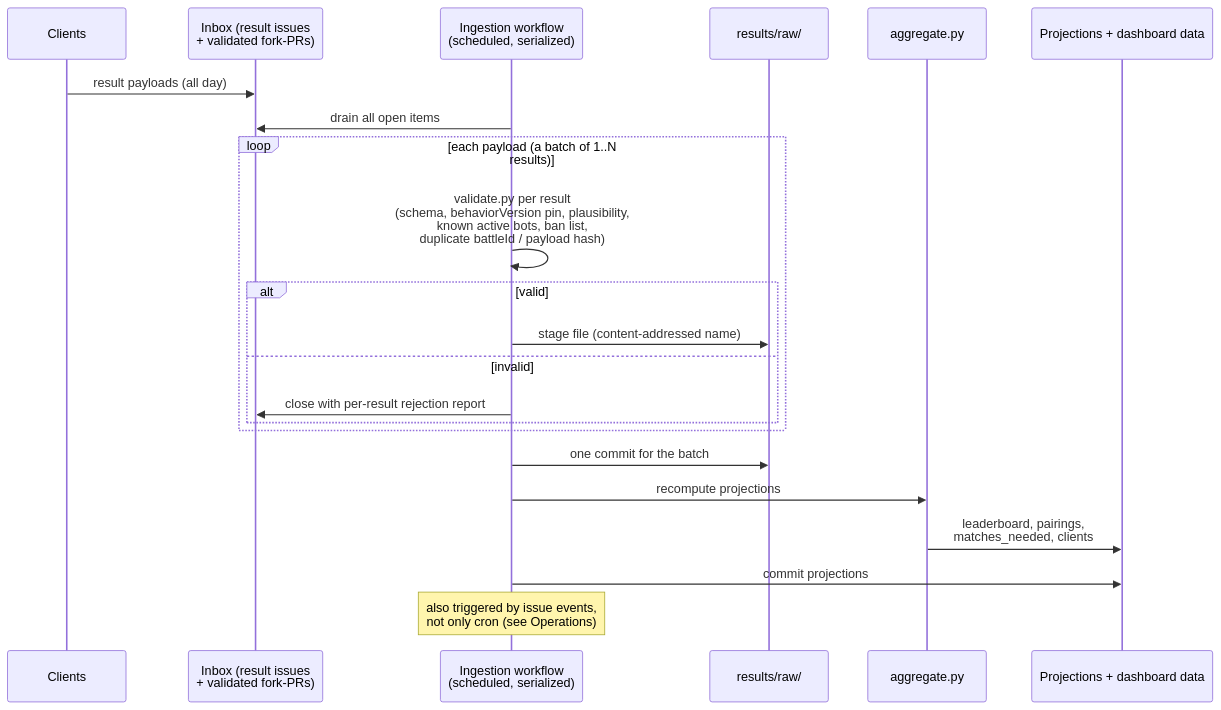
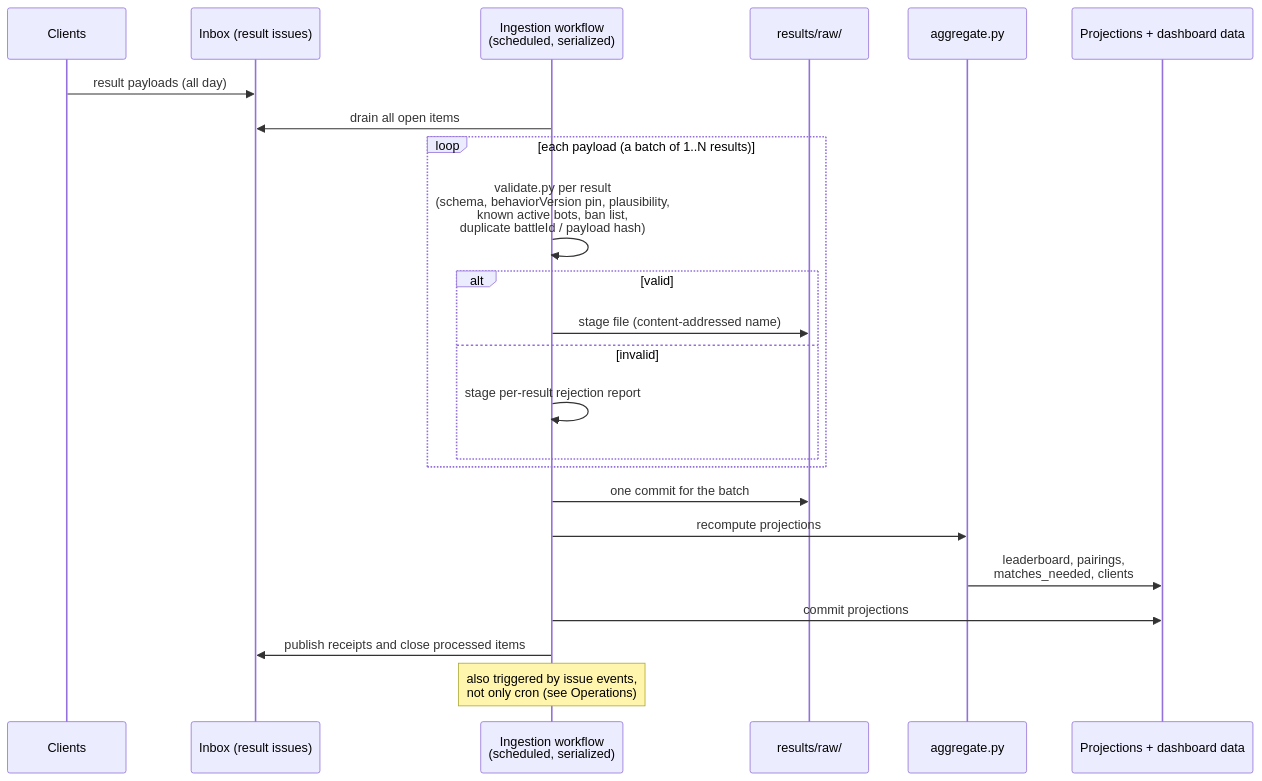
One commit to robocode-dev/tank-royale changed the first of 2 diagrams in docs/design/rumble/aggregation-and-dashboard.md. Above: the diagram before and after it, drawn with Mermaid. The commit also changed other lines of this file and 9 other files, not shown here.

````diff
--- a/docs/design/rumble/aggregation-and-dashboard.md
+++ b/docs/design/rumble/aggregation-and-dashboard.md
@@ -46,25 +46,26 @@
 ```mermaid
 sequenceDiagram
     participant Cl as Clients
-    participant Ib as Inbox (result issues<br/>+ validated fork-PRs)
+    participant Ib as Inbox (result issues)
     participant CI as Ingestion workflow<br/>(scheduled, serialized)
     participant Raw as results/raw/
     participant Agg as aggregate.py
     participant P as Projections + dashboard data
 
     Cl->>Ib: result payloads (all day)
     CI->>Ib: drain all open items
     loop each payload (a batch of 1..N results)
         CI->>CI: validate.py per result<br/>(schema, behaviorVersion pin, plausibility,<br/>known active bots, ban list,<br/>duplicate battleId / payload hash)
         alt valid
             CI->>Raw: stage file (content-addressed name)
         else invalid
-            CI->>Ib: close with per-result rejection report
+            CI->>CI: stage per-result rejection report
         end
     end
     CI->>Raw: one commit for the batch
     CI->>Agg: recompute projections
     Agg->>P: leaderboard, pairings,<br/>matches_needed, clients
     CI->>P: commit projections
+    CI->>Ib: publish receipts and close processed items
     Note over CI: also triggered by issue events,<br/>not only cron (see Operations)
 ```
````
